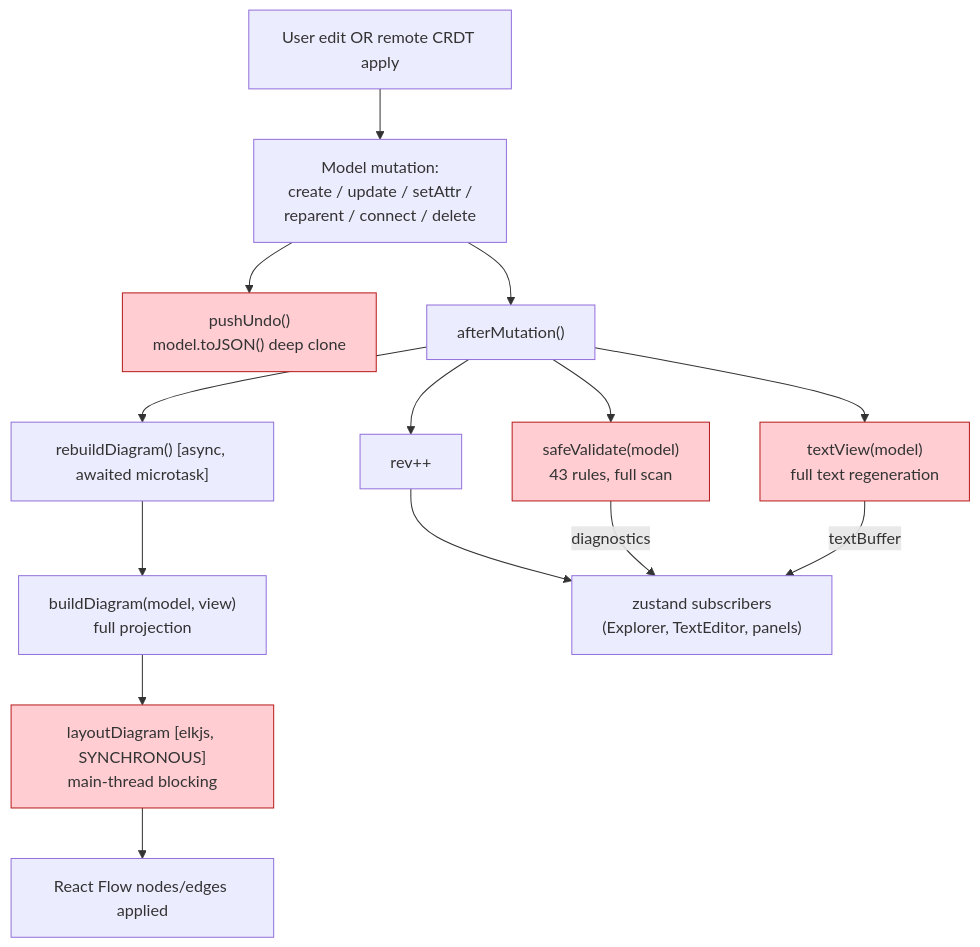
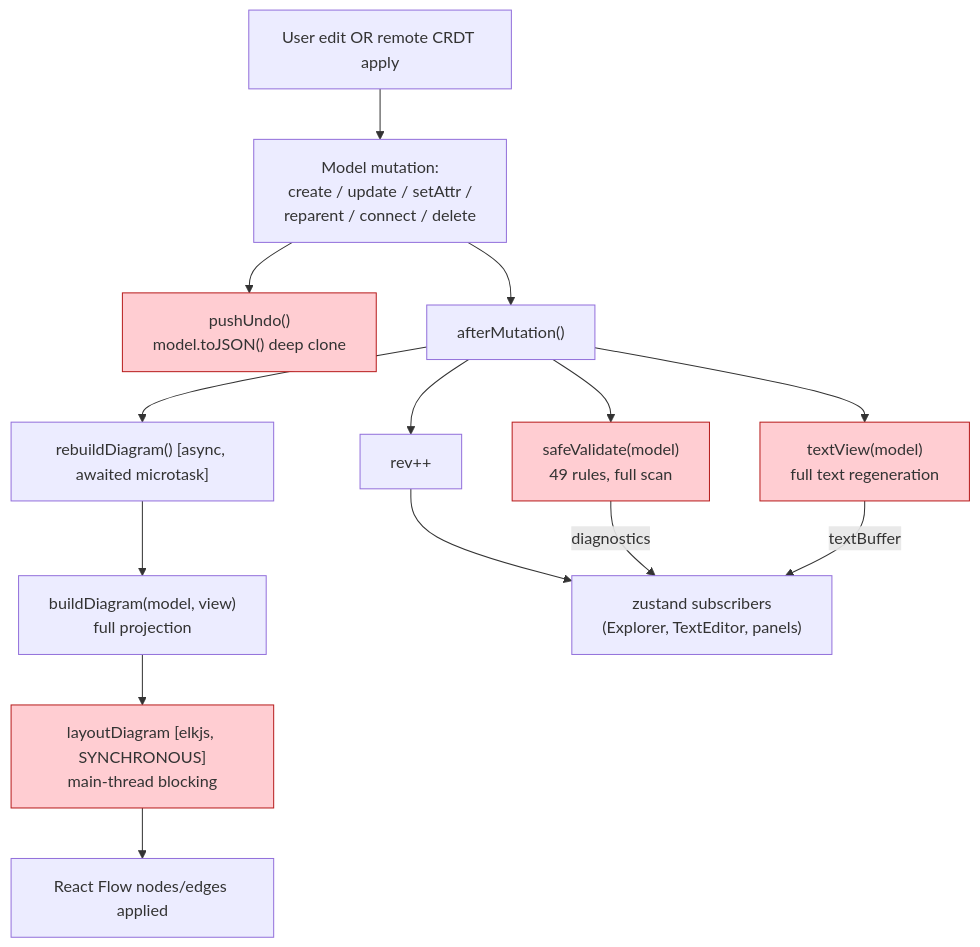
The third of 7 diagrams in docs/architecture/05-data-flow.md (cosmindxu/sysprose), drawn with Mermaid before and after one commit. The commit also changed 12 other files, not shown here.

First line of the commit message:
Block-diagram structural fences wave 2: subset-type-conformance, disjoint-sum-exceeds, enum-value-not-member, value-multiplicity-mismatch, specialization-kind-incompatible, unresolved-value-chain (BD3, BD6-BD9, BD11), all warnings

````diff
--- a/docs/architecture/05-data-flow.md
+++ b/docs/architecture/05-data-flow.md
@@ -98,32 +98,32 @@
 ```mermaid
 flowchart TB
     trigger["User edit OR remote CRDT apply"]
     op["Model mutation:\ncreate / update / setAttr /\nreparent / connect / delete"]
     pushUndo["pushUndo()\nmodel.toJSON() deep clone"]
     afterMut["afterMutation()"]
-    validate["safeValidate(model)\n43 rules, full scan"]
+    validate["safeValidate(model)\n49 rules, full scan"]
     serialize["textView(model)\nfull text regeneration"]
     bump["rev++"]
     rebuild["rebuildDiagram() [async, awaited microtask]"]
     build["buildDiagram(model, view)\nfull projection"]
     layout["layoutDiagram [elkjs, SYNCHRONOUS]\nmain-thread blocking"]
     apply["React Flow nodes/edges applied"]
     listeners[" zustand subscribers\n(Explorer, TextEditor, panels)"]
 
     trigger --> op
     op --> pushUndo
     op --> afterMut
     afterMut --> validate
     afterMut --> serialize
     afterMut --> bump
     afterMut --> rebuild
     rebuild --> build
     build --> layout
     layout --> apply
     bump --> listeners
     validate -->|diagnostics| listeners
     serialize -->|textBuffer| listeners
 
     classDef hot fill:#ffcdd2,stroke:#b71c1c
     class validate,serialize,layout,pushUndo hot
 ```
````
